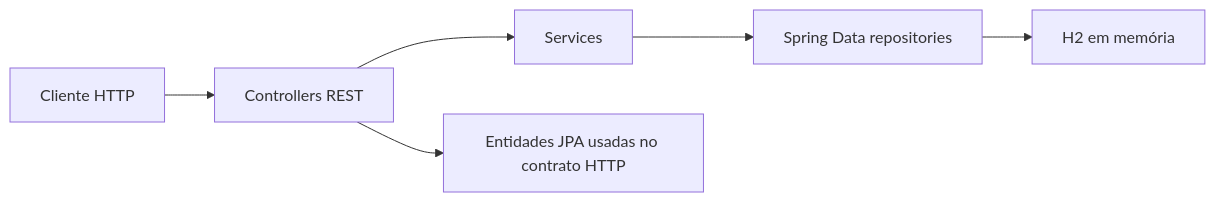
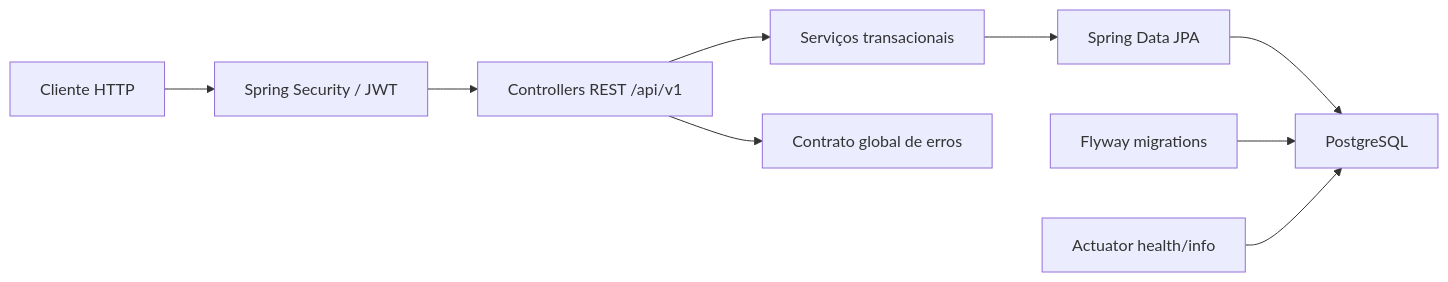
One commit to RenatoBoranga1/gymflow-api changed the first of 2 diagrams in README.md. Above: the diagram before and after it, drawn with Mermaid. The commit also changed other lines of this file and 6 other files, not shown here.

Commit message:
docs: document GymFlow architecture and operations

````diff
--- a/README.md
+++ b/README.md
@@ -26,8 +26,11 @@
 ```mermaid
 flowchart LR
-    Client["Cliente HTTP"] --> Controller["Controllers REST"]
-    Controller --> Service["Services"]
-    Service --> Repository["Spring Data repositories"]
-    Repository --> H2["H2 em memória"]
-    Controller --> Entity["Entidades JPA usadas no contrato HTTP"]
+    Client["Cliente HTTP"] --> Security["Spring Security / JWT"]
+    Security --> Controller["Controllers REST /api/v1"]
+    Controller --> Service["Serviços transacionais"]
+    Service --> Repository["Spring Data JPA"]
+    Repository --> Database["PostgreSQL"]
+    Flyway["Flyway migrations"] --> Database
+    Controller --> Errors["Contrato global de erros"]
+    Actuator["Actuator health/info"] --> Database
 ```
````
